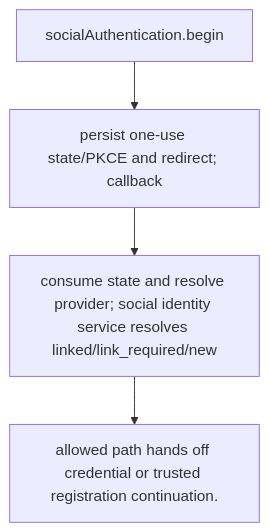
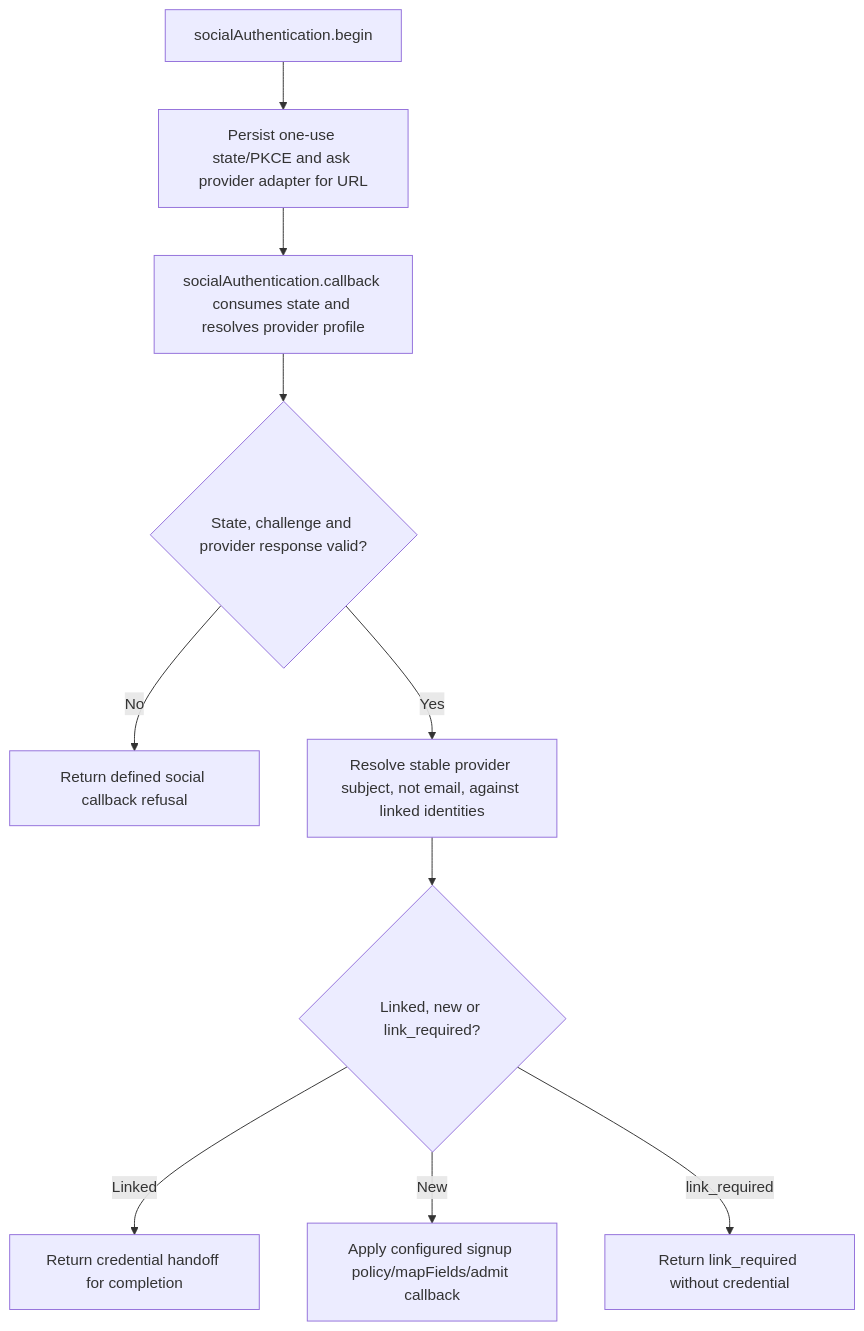
One commit to Kevinjohn/oss-adonisjs-account-kit changed the second of 2 diagrams in user-stories/US-ACCOUNT-20-social-sign-in.md. Above: the diagram before and after it, drawn with Mermaid. The commit also changed other lines of this file and 9 other files, not shown here.

````diff
--- a/user-stories/US-ACCOUNT-20-social-sign-in.md
+++ b/user-stories/US-ACCOUNT-20-social-sign-in.md
@@ -35,10 +34,12 @@
 ```mermaid
 flowchart TD
-    C0["socialAuthentication.begin"]
-    C1["persist one-use state/PKCE and redirect; callback"]
-    C0 --> C1
-    C2["consume state and resolve provider; social identity service resolves linked/link_required/new"]
-    C1 --> C2
-    C3["allowed path hands off credential or trusted registration continuation."]
-    C2 --> C3
+ A["socialAuthentication.begin"] --> B["Persist one-use state/PKCE and ask provider adapter for URL"]
+ B --> C["socialAuthentication.callback consumes state and resolves provider profile"]
+ C --> D{"State, challenge and provider response valid?"}
+ D -->|No| E["Return defined social callback refusal"]
+ D -->|Yes| F["Resolve stable provider subject, not email, against linked identities"]
+ F --> G{"Linked, new or link_required?"}
+ G -->|Linked| H["Return credential handoff for completion"]
+ G -->|New| I["Apply configured signup policy/mapFields/admit callback"]
+ G -->|link_required| J["Return link_required without credential"]
 ```
````
